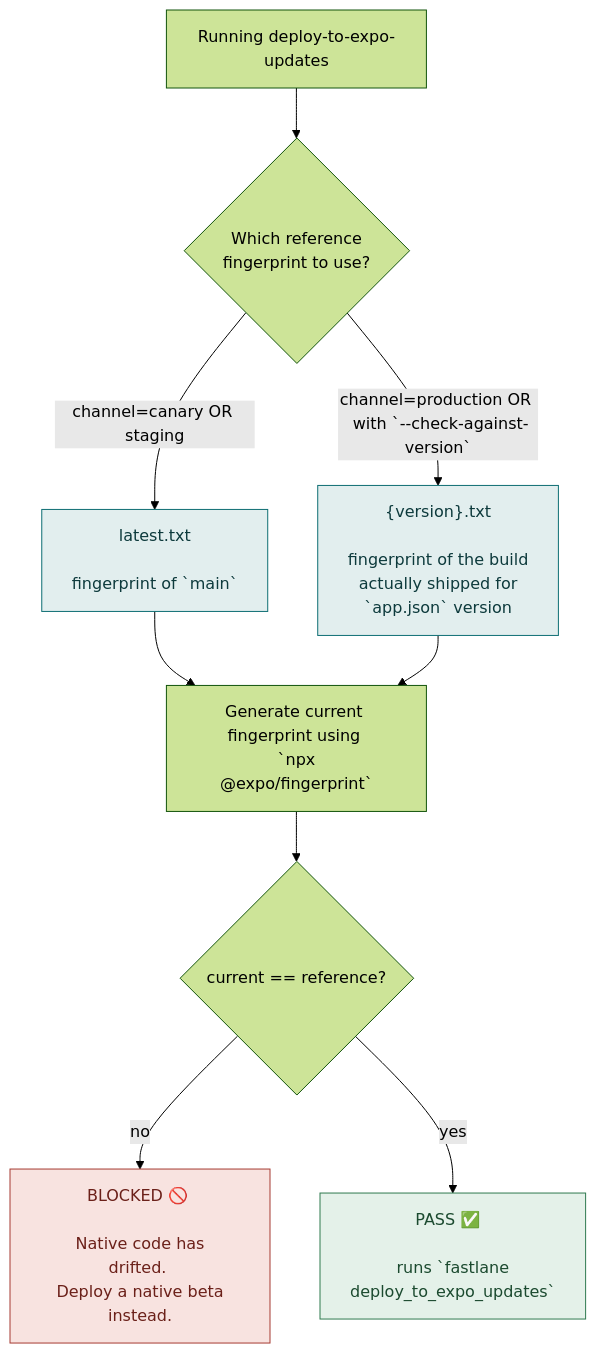
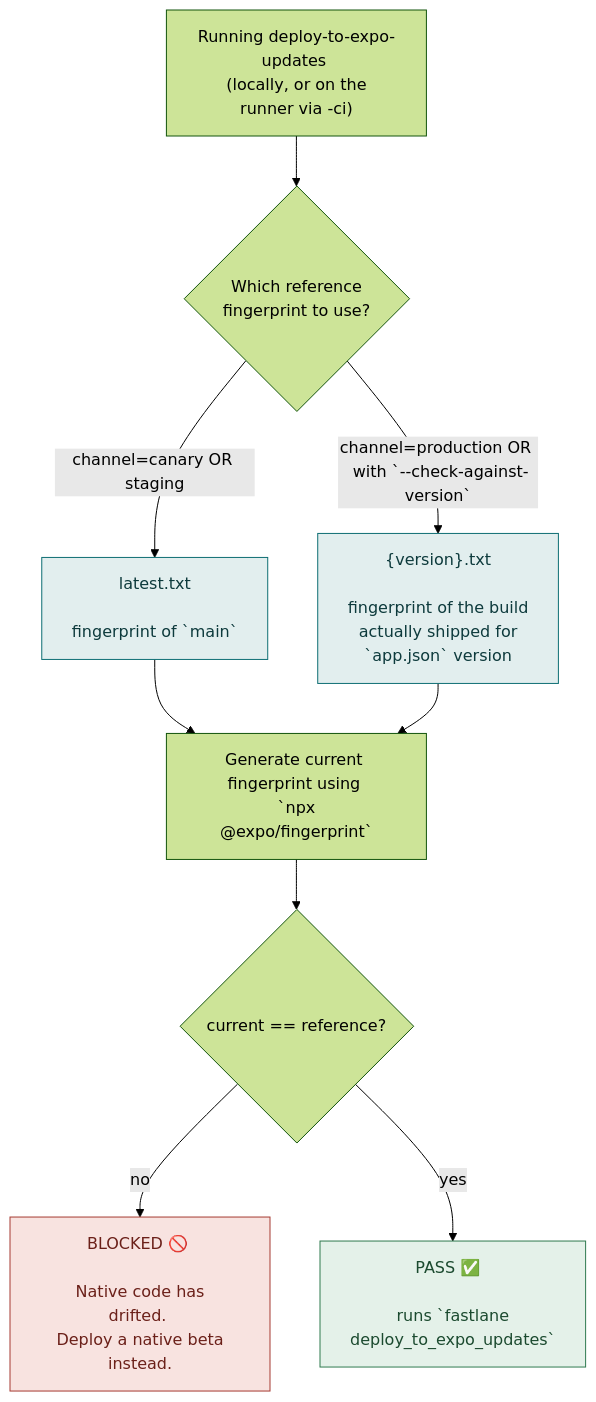
The first of 2 diagrams in docs/deploy_to_expo_updates.md (artsy/eigen), drawn with Mermaid (forest theme) before and after one commit. The commit also changed other lines of this file and 4 other files, not shown here.

````diff
--- a/docs/deploy_to_expo_updates.md
+++ b/docs/deploy_to_expo_updates.md
@@ -52,19 +69,19 @@
 ```mermaid
 flowchart TD
-  A["Running deploy-to-expo-updates"] --> B{"Which reference \n fingerprint to use?"}
+  A["Running deploy-to-expo-updates \n (locally, or on the runner via -ci)"] --> B{"Which reference \n fingerprint to use?"}
   B -->|"channel=canary OR staging"| C["latest.txt \n\n fingerprint of `main`"]
   B -->|"channel=production OR \n with `--check-against-version`"| D["{version}.txt \n\n fingerprint of the build \n actually shipped for \n `app.json` version"]
   C --> E["Generate current fingerprint using \n `npx @expo/fingerprint`"]
   D --> E
   E --> F{"current == reference?"}
   F -->|"no"| G["BLOCKED 🚫 \n \n Native code has drifted. \n Deploy a native beta instead."]
   F -->|"yes"| H["PASS ✅  \n\n runs `fastlane deploy_to_expo_updates`"]
 
   classDef pass fill:#e4f1e9,stroke:#2f7a4f,color:#1b4a2f;
   classDef block fill:#f8e3e0,stroke:#a63a32,color:#6b2019;
   classDef ref fill:#e2eeee,stroke:#0e6e73,color:#0d3a3c;
   class G block;
   class H pass;
   class C,D ref;
 
 ```
````
